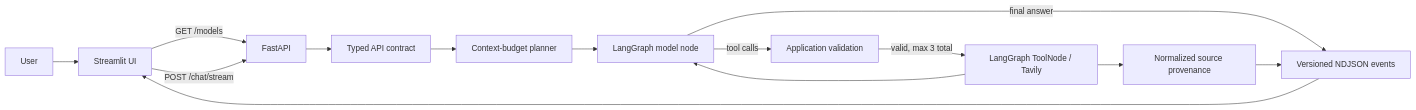
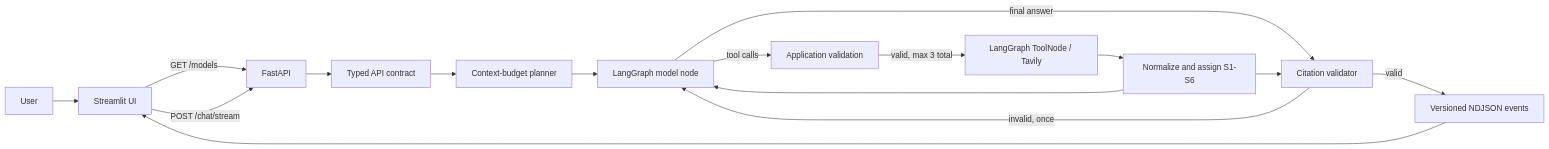
The diagram in README.md (Ajbil/agentic-chatbot-fastapi), drawn with Mermaid before and after one commit. The commit also changed other lines of this file and 3 other files, not shown here.

````diff
--- a/README.md
+++ b/README.md
@@ -24,16 +25,18 @@
 ```mermaid
 flowchart LR
     U["User"] --> UI["Streamlit UI"]
     UI -->|"GET /models"| API["FastAPI"]
     UI -->|"POST /chat/stream"| API
     API --> C["Typed API contract"]
     C --> B["Context-budget planner"]
     B --> M["LangGraph model node"]
-    M -->|"final answer"| S["Versioned NDJSON events"]
+    M -->|"final answer"| G["Citation validator"]
     M -->|"tool calls"| V["Application validation"]
     V -->|"valid, max 3 total"| T["LangGraph ToolNode / Tavily"]
-    T --> M
-    T --> P["Normalized source provenance"]
-    P --> S
+    T --> P["Normalize and assign S1-S6"]
+    P --> M
+    G -->|"valid"| S["Versioned NDJSON events"]
+    G -->|"invalid, once"| M
+    P --> G
     S --> UI
 ```
````
